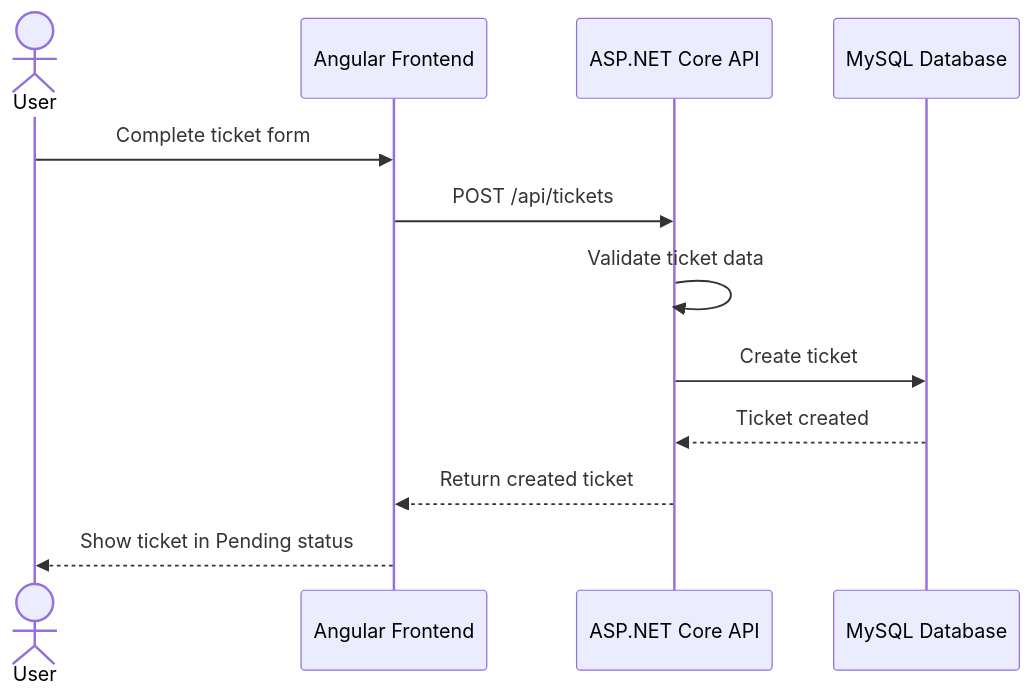
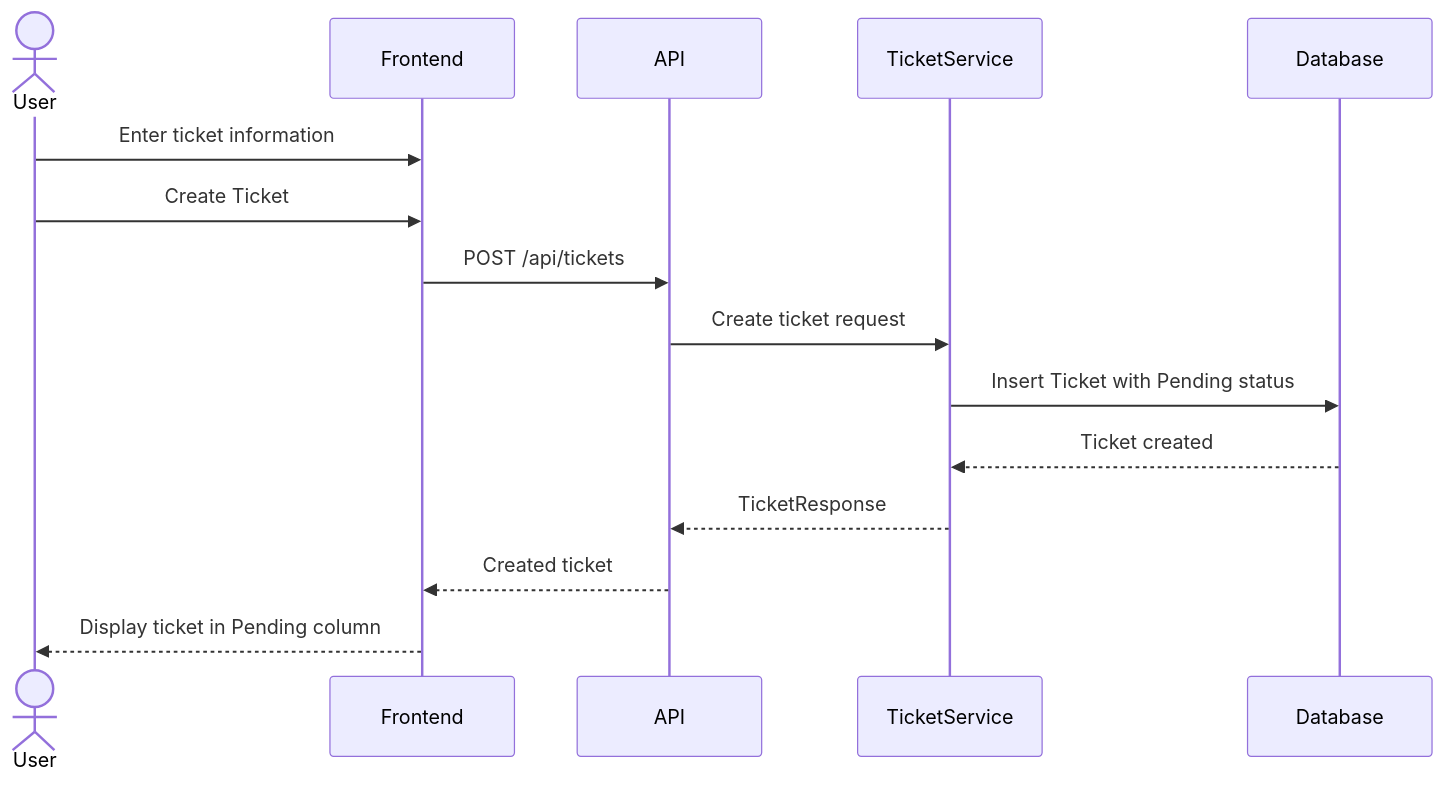
The first of 3 diagrams in docs/sequence-diagram.md (carlosmore1/Control-de-Mantenimiento-y-Tickets), drawn with Mermaid before and after one commit. The commit also changed other lines of this file and 4 other files, not shown here.

````diff
--- a/docs/sequence-diagram.md
+++ b/docs/sequence-diagram.md
@@ -5,15 +5,22 @@
 ```mermaid
 sequenceDiagram
     actor User
-    participant Frontend as Angular Frontend
-    participant API as ASP.NET Core API
-    participant DB as MySQL Database
+    participant Frontend
+    participant API
+    participant TicketService
+    participant Database
 
-    User->>Frontend: Complete ticket form
+    User->>Frontend: Enter ticket information
+    User->>Frontend: Create Ticket
+
     Frontend->>API: POST /api/tickets
-    API->>API: Validate ticket data
-    API->>DB: Create ticket
-    DB-->>API: Ticket created
-    API-->>Frontend: Return created ticket
-    Frontend-->>User: Show ticket in Pending status
+    API->>TicketService: Create ticket request
+
+    TicketService->>Database: Insert Ticket with Pending status
+    Database-->>TicketService: Ticket created
+
+    TicketService-->>API: TicketResponse
+    API-->>Frontend: Created ticket
+
+    Frontend-->>User: Display ticket in Pending column
 ```
````
